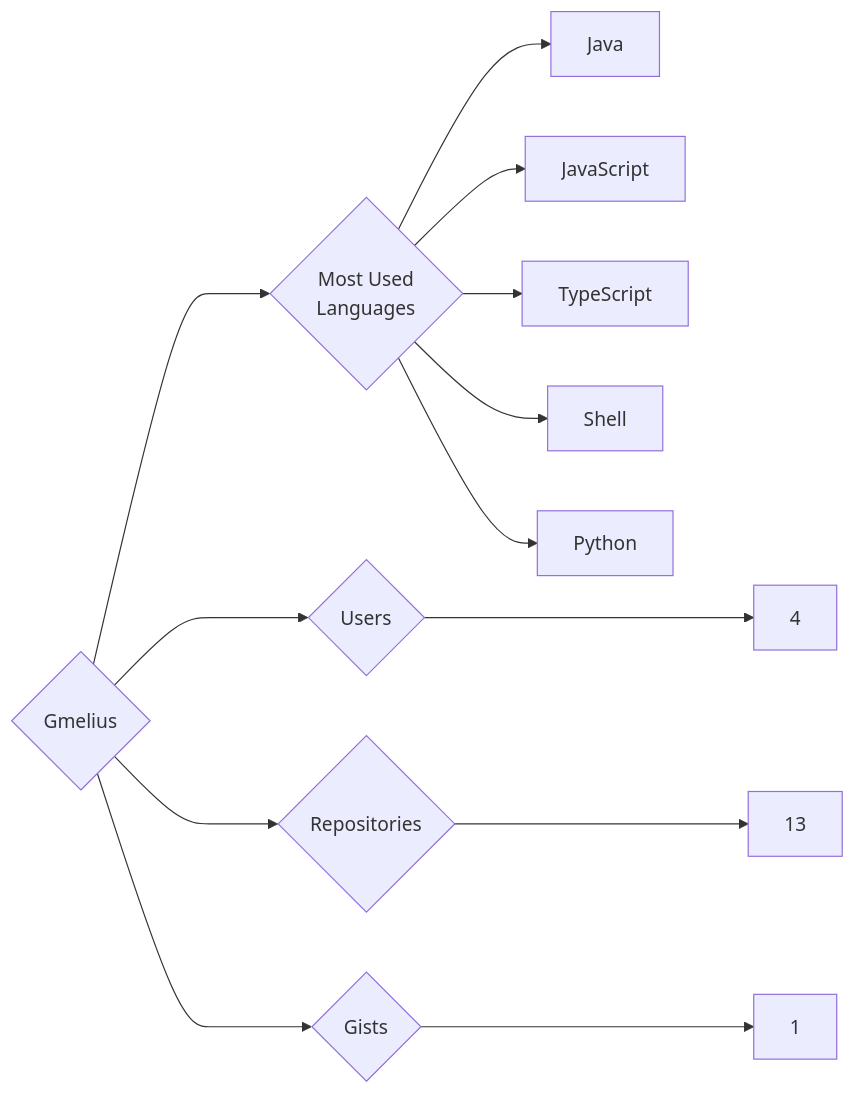
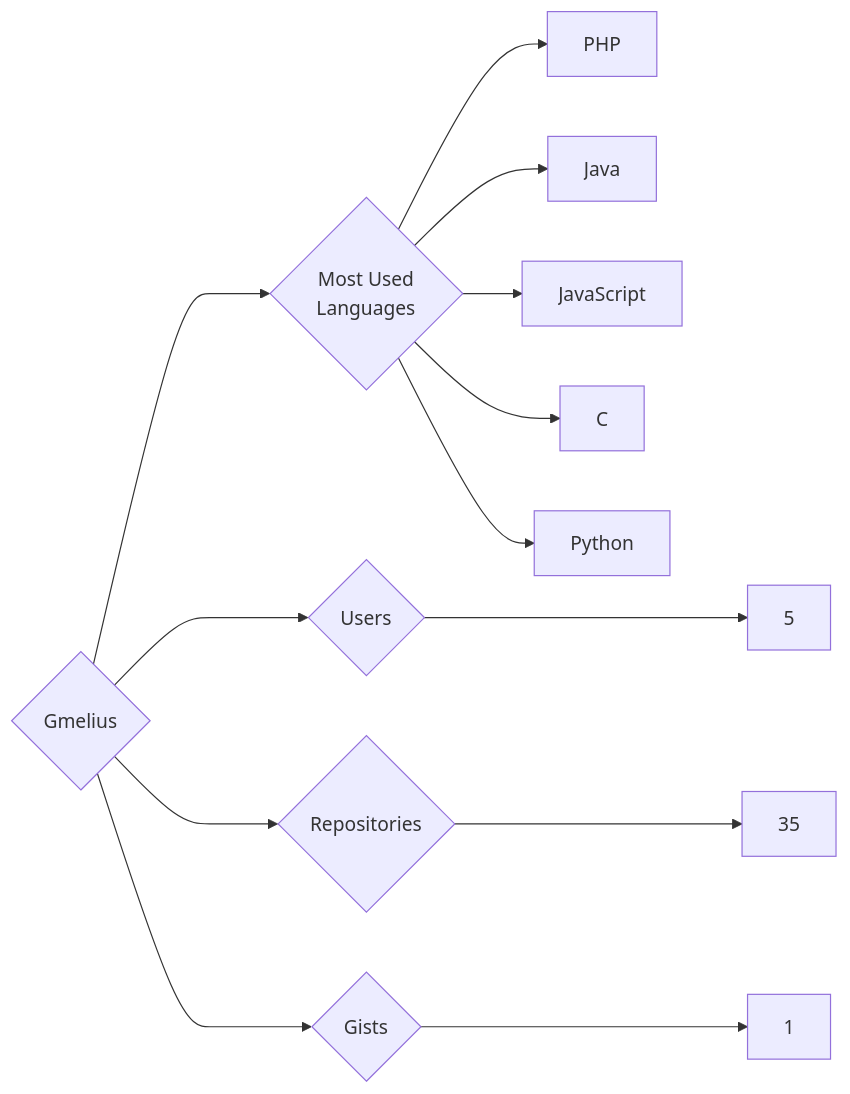
The diagram in targets/Gmelius/README.md (trickest/insiders), drawn with Mermaid before and after one commit. The commit also changed 873 other files, not shown here.

````diff
--- a/targets/Gmelius/README.md
+++ b/targets/Gmelius/README.md
@@ -3,13 +3,13 @@
 ```mermaid
 graph LR
 COMPANY_NAME{Gmelius}
-COMPANY_NAME ---> U{Users} ---> UN[4]
-COMPANY_NAME ---> R{Repositories} ---> RN[13]
+COMPANY_NAME ---> U{Users} ---> UN[5]
+COMPANY_NAME ---> R{Repositories} ---> RN[35]
 COMPANY_NAME ---> G{Gists} ---> GN[1]
 COMPANY_NAME ---> ML{Most Used<br>Languages}
+ML --> PHP[PHP]
 ML --> Java[Java]
 ML --> JavaScript[JavaScript]
-ML --> TypeScript[TypeScript]
-ML --> Shell[Shell]
+ML --> C[C]
 ML --> Python[Python]
 ```
````
